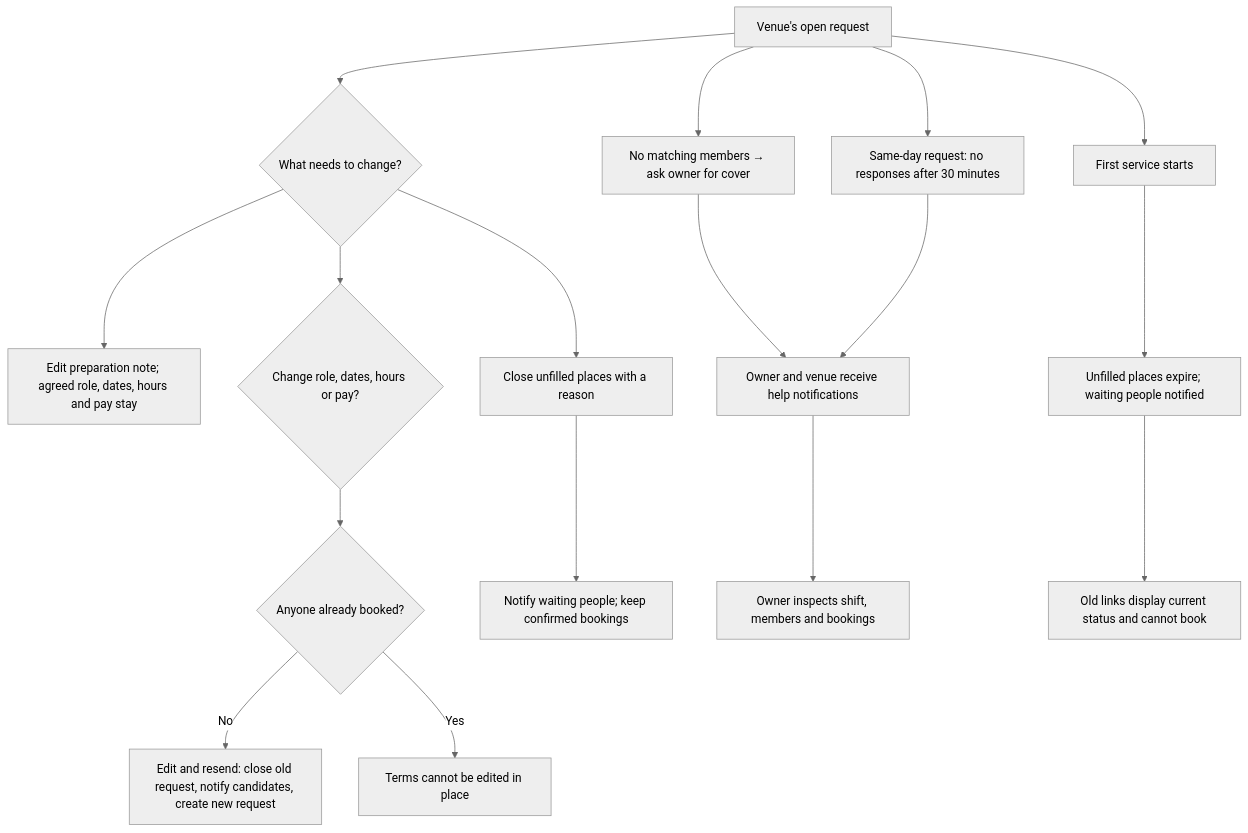
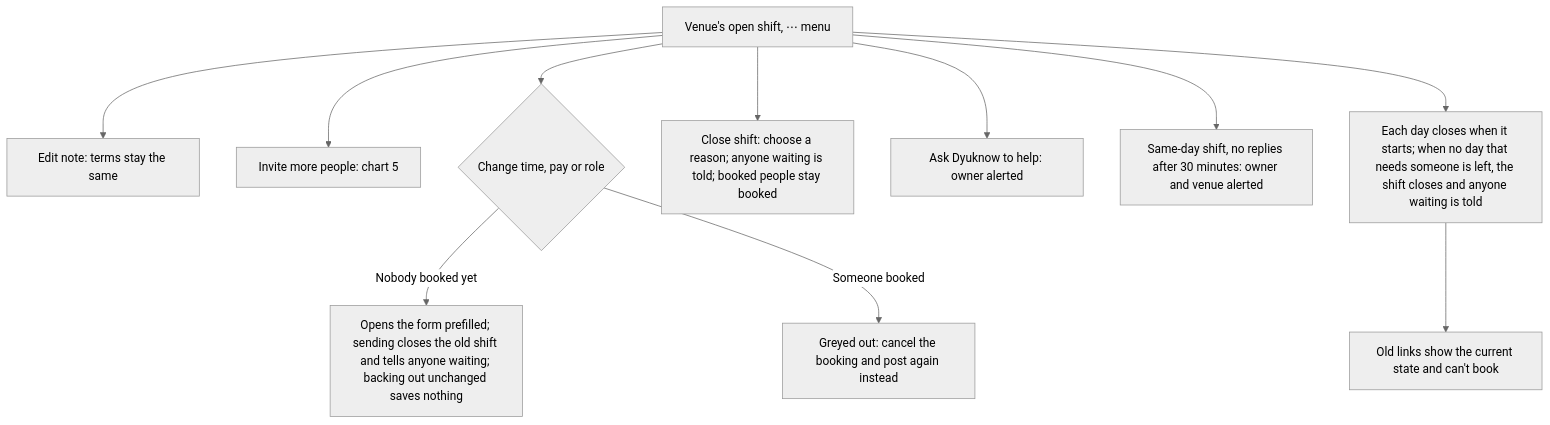
Before and after one commit to Envo-Entity/dyuknow: the ninth of 10 diagrams in docs/MVP-preview-flowcharts.md, drawn with Mermaid (neutral theme). The commit also changed other lines of this file and 54 other files, not shown here.

````diff
--- a/docs/MVP-preview-flowcharts.md
+++ b/docs/MVP-preview-flowcharts.md
@@ -183,19 +264,13 @@
 ```mermaid
 flowchart TD
-    S["Venue's open request"] --> ACTION{"What needs to change?"}
-    ACTION --> NOTE["Edit preparation note; agreed role, dates, hours and pay stay"]
-    ACTION --> EDIT{"Change role, dates, hours or pay?"}
-    EDIT --> CHECK{"Anyone already booked?"}
-    CHECK -->|"No"| RESEND["Edit and resend: close old request, notify candidates, create new request"]
-    CHECK -->|"Yes"| LOCK["Terms cannot be edited in place"]
-    ACTION --> CLOSE["Close unfilled places with a reason"]
-    CLOSE --> KEEP["Notify waiting people; keep confirmed bookings"]
-    S --> ZERO["No matching members → ask owner for cover"]
-    S --> SILENT["Same-day request: no responses after 30 minutes"]
-    ZERO --> OWNER["Owner and venue receive help notifications"]
-    SILENT --> OWNER
-    OWNER --> OV["Owner inspects shift, members and bookings"]
-    S --> START["First service starts"]
-    START --> EXPIRE["Unfilled places expire; waiting people notified"]
-    EXPIRE --> OLD["Old links display current status and cannot book"]
+    S["Venue's open shift, ⋯ menu"] --> NOTE["Edit note: terms stay the same"]
+    S --> MORE["Invite more people: chart 5"]
+    S --> CHG{"Change time, pay or role"}
+    CHG -->|"Nobody booked yet"| RESEND["Opens the form prefilled; sending closes the old shift and tells anyone waiting; backing out unchanged saves nothing"]
+    CHG -->|"Someone booked"| LOCK["Greyed out: cancel the booking and post again instead"]
+    S --> CLOSE["Close shift: choose a reason; anyone waiting is told; booked people stay booked"]
+    S --> HELP["Ask Dyuknow to help: owner alerted"]
+    S --> SAME["Same-day shift, no replies after 30 minutes: owner and venue alerted"]
+    S --> START["Each day closes when it starts; when no day that needs someone is left, the shift closes and anyone waiting is told"]
+    START --> OLD["Old links show the current state and can't book"]
 ```
````
